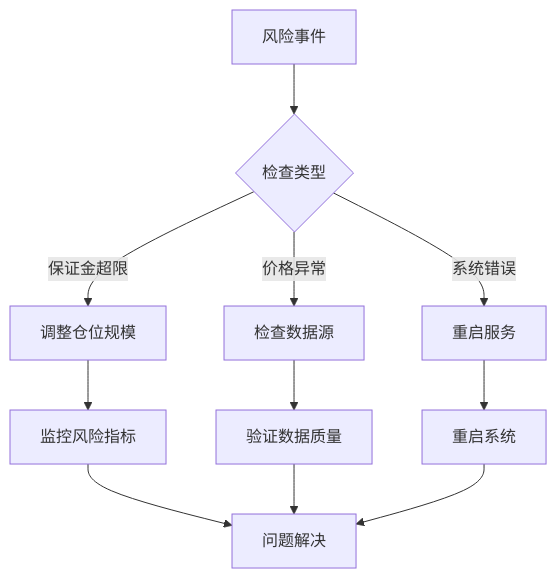
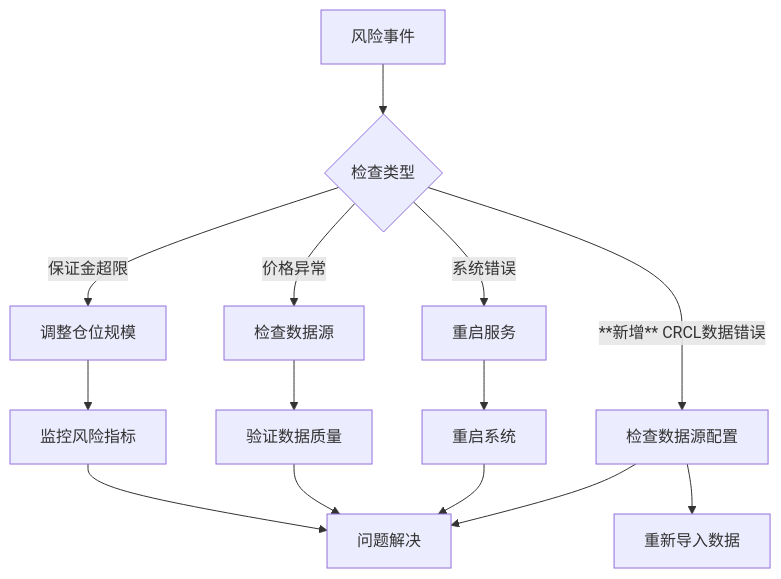
Diagram 18 of 18 in .qoder/repowiki/zh/content/核心模块详解/策略框架/策略框架.md (zyf266/ending), drawn with Mermaid before and after one commit. The commit also changed other lines of this file and 60 other files, not shown here.

````diff
--- a/.qoder/repowiki/zh/content/核心模块详解/策略框架/策略框架.md
+++ b/.qoder/repowiki/zh/content/核心模块详解/策略框架/策略框架.md
@@ -605,13 +946,16 @@
 ```mermaid
 flowchart TD
 Issue[风险事件] --> Check{"检查类型"}
 Check --> |保证金超限| MarginFix[调整仓位规模]
 Check --> |价格异常| PriceFix[检查数据源]
 Check --> |系统错误| SysFix[重启服务]
+Check --> |**新增** CRCL数据错误| CRCLFix[检查数据源配置]
 MarginFix --> Monitor[监控风险指标]
 PriceFix --> Verify[验证数据质量]
 SysFix --> Restart[重启系统]
+CRCLFix --> Reimport[重新导入数据]
 Monitor --> Resolve[问题解决]
 Verify --> Resolve
 Restart --> Resolve
+CRCLFix --> Resolve
 ```
````
